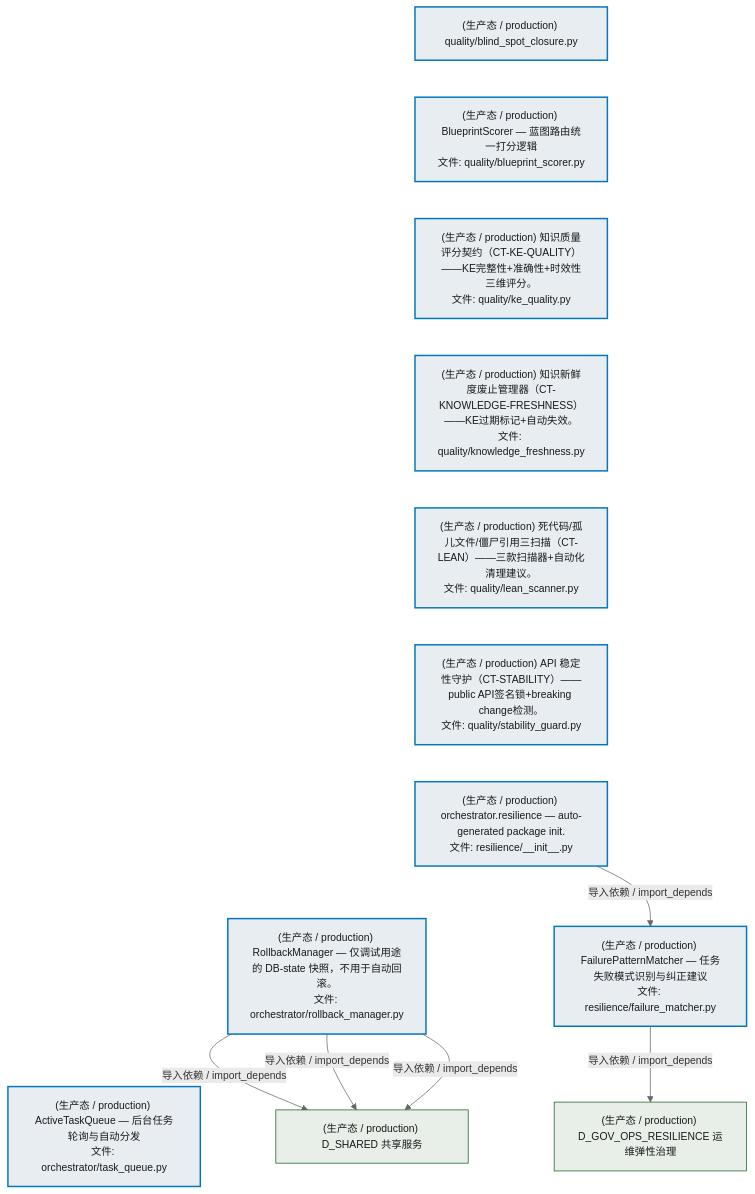
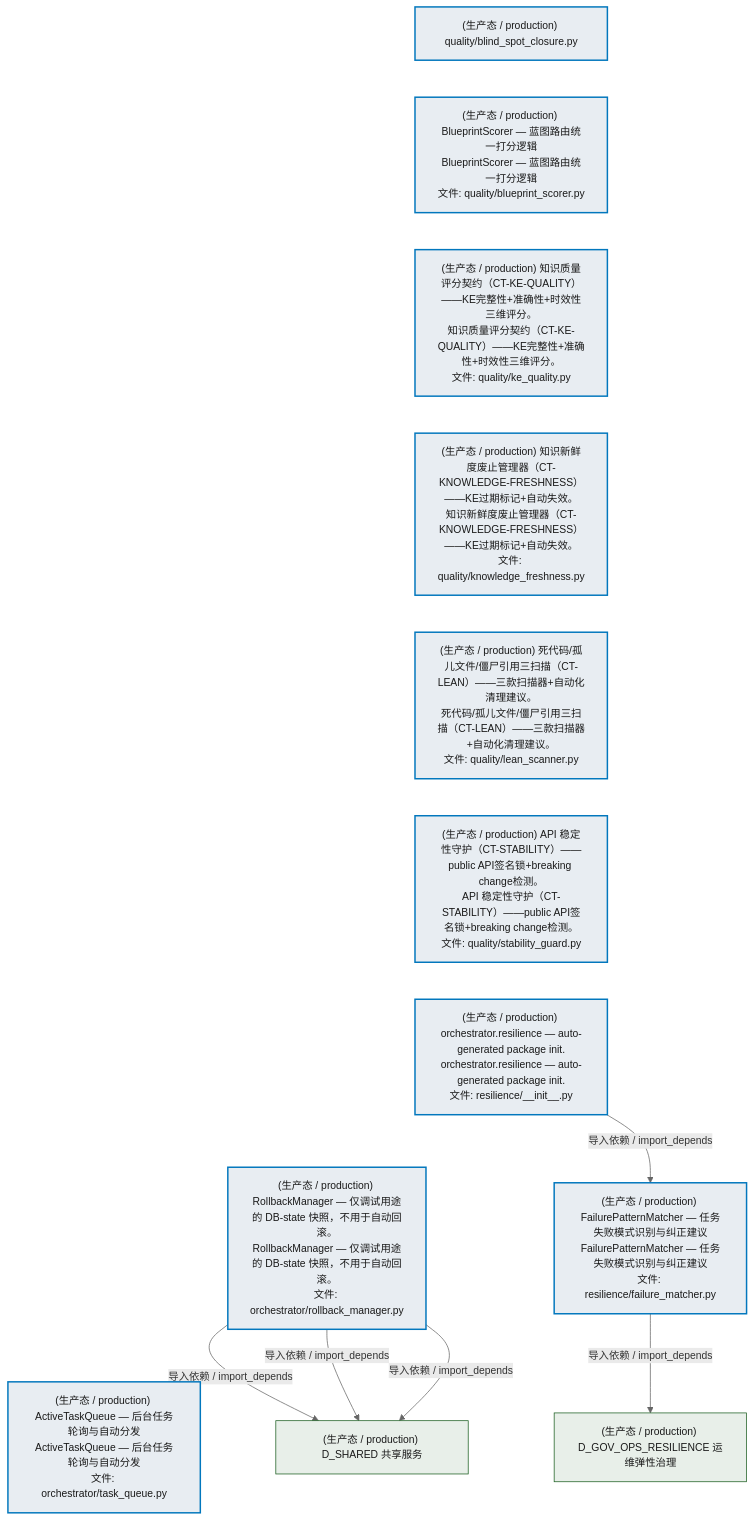
One commit to xuanFelixVan/ZephyrAlpha changed the third of 5 diagrams in docs/02_enterprise_architecture/02_domain_architecture_docs/25_d_orchestrator.md. Above: the diagram before and after it, drawn with Mermaid. The commit also changed other lines of this file and 80 other files, not shown here.

````diff
--- a/docs/02_enterprise_architecture/02_domain_architecture_docs/25_d_orchestrator.md
+++ b/docs/02_enterprise_architecture/02_domain_architecture_docs/25_d_orchestrator.md
@@ -331,35 +332,35 @@
 ```mermaid
 %%{init: {'theme': 'base', 'themeVariables': {'primaryColor': '#eaeaea', 'primaryTextColor': '#333333', 'primaryBorderColor': '#666666', 'lineColor': '#666666', 'secondaryColor': '#eaeaea', 'tertiaryColor': '#eaeaea', 'fontSize': '14px'}}}%%
 flowchart TD
     src_zephyr_orchestrator_quality_blind_spot_closure_py["(生产态 / production) quality/blind_spot_closure.py"]
-    src_zephyr_orchestrator_quality_blueprint_scorer_py["(生产态 / production) BlueprintScorer — 蓝图路由统一打分逻辑<br/>文件: quality/blueprint_scorer.py"]
-    src_zephyr_orchestrator_quality_ke_quality_py["(生产态 / production) 知识质量评分契约（CT-KE-QUALITY）——KE完整性+准确性+时效性三维评分。<br/>文件: quality/ke_quality.py"]
-    src_zephyr_orchestrator_quality_knowledge_freshness_py["(生产态 / production) 知识新鲜度废止管理器（CT-KNOWLEDGE-FRESHNESS）——KE过期标记+自动失效。<br/>文件: quality/knowledge_freshness.py"]
-    src_zephyr_orchestrator_quality_lean_scanner_py["(生产态 / production) 死代码/孤儿文件/僵尸引用三扫描（CT-LEAN）——三款扫描器+自动化清理建议。<br/>文件: quality/lean_scanner.py"]
-    src_zephyr_orchestrator_quality_stability_guard_py["(生产态 / production) API 稳定性守护（CT-STABILITY）——public API签名锁+breaking change检测。<br/>文件: quality/stability_guard.py"]
-    src_zephyr_orchestrator_resilience_init_py["(生产态 / production) orchestrator.resilience — auto-generated package init.<br/>文件: resilience/__init__.py"]
-    src_zephyr_orchestrator_rollback_manager_py["(生产态 / production) RollbackManager — 仅调试用途的 DB-state 快照，不用于自动回滚。<br/>文件: orchestrator/rollback_manager.py"]
-    src_zephyr_orchestrator_task_queue_py["(生产态 / production) ActiveTaskQueue — 后台任务轮询与自动分发<br/>文件: orchestrator/task_queue.py"]
+    src_zephyr_orchestrator_quality_blueprint_scorer_py["(生产态 / production) BlueprintScorer — 蓝图路由统一打分逻辑<br/>BlueprintScorer — 蓝图路由统一打分逻辑<br/>文件: quality/blueprint_scorer.py"]
+    src_zephyr_orchestrator_quality_ke_quality_py["(生产态 / production) 知识质量评分契约（CT-KE-QUALITY）——KE完整性+准确性+时效性三维评分。<br/>知识质量评分契约（CT-KE-QUALITY）——KE完整性+准确性+时效性三维评分。<br/>文件: quality/ke_quality.py"]
+    src_zephyr_orchestrator_quality_knowledge_freshness_py["(生产态 / production) 知识新鲜度废止管理器（CT-KNOWLEDGE-FRESHNESS）——KE过期标记+自动失效。<br/>知识新鲜度废止管理器（CT-KNOWLEDGE-FRESHNESS）——KE过期标记+自动失效。<br/>文件: quality/knowledge_freshness.py"]
+    src_zephyr_orchestrator_quality_lean_scanner_py["(生产态 / production) 死代码/孤儿文件/僵尸引用三扫描（CT-LEAN）——三款扫描器+自动化清理建议。<br/>死代码/孤儿文件/僵尸引用三扫描（CT-LEAN）——三款扫描器+自动化清理建议。<br/>文件: quality/lean_scanner.py"]
+    src_zephyr_orchestrator_quality_stability_guard_py["(生产态 / production) API 稳定性守护（CT-STABILITY）——public API签名锁+breaking change检测。<br/>API 稳定性守护（CT-STABILITY）——public API签名锁+breaking change检测。<br/>文件: quality/stability_guard.py"]
+    src_zephyr_orchestrator_resilience_init_py["(生产态 / production) orchestrator.resilience — auto-generated package init.<br/>orchestrator.resilience — auto-generated package init.<br/>文件: resilience/__init__.py"]
+    src_zephyr_orchestrator_rollback_manager_py["(生产态 / production) RollbackManager — 仅调试用途的 DB-state 快照，不用于自动回滚。<br/>RollbackManager — 仅调试用途的 DB-state 快照，不用于自动回滚。<br/>文件: orchestrator/rollback_manager.py"]
+    src_zephyr_orchestrator_task_queue_py["(生产态 / production) ActiveTaskQueue — 后台任务轮询与自动分发<br/>ActiveTaskQueue — 后台任务轮询与自动分发<br/>文件: orchestrator/task_queue.py"]
     src_zephyr_orchestrator_quality_blind_spot_closure_py ~~~ src_zephyr_orchestrator_quality_blueprint_scorer_py
     src_zephyr_orchestrator_quality_blueprint_scorer_py ~~~ src_zephyr_orchestrator_quality_ke_quality_py
     src_zephyr_orchestrator_quality_ke_quality_py ~~~ src_zephyr_orchestrator_quality_knowledge_freshness_py
     src_zephyr_orchestrator_quality_knowledge_freshness_py ~~~ src_zephyr_orchestrator_quality_lean_scanner_py
     src_zephyr_orchestrator_quality_lean_scanner_py ~~~ src_zephyr_orchestrator_quality_stability_guard_py
     src_zephyr_orchestrator_quality_stability_guard_py ~~~ src_zephyr_orchestrator_resilience_init_py
     src_zephyr_orchestrator_resilience_init_py ~~~ src_zephyr_orchestrator_rollback_manager_py
     src_zephyr_orchestrator_rollback_manager_py ~~~ src_zephyr_orchestrator_task_queue_py
-    src_zephyr_orchestrator_resilience_failure_matcher_py["(生产态 / production) FailurePatternMatcher — 任务失败模式识别与纠正建议<br/>文件: resilience/failure_matcher.py"]
+    src_zephyr_orchestrator_resilience_failure_matcher_py["(生产态 / production) FailurePatternMatcher — 任务失败模式识别与纠正建议<br/>FailurePatternMatcher — 任务失败模式识别与纠正建议<br/>文件: resilience/failure_matcher.py"]
     src_zephyr_orchestrator_resilience_init_py -->|导入依赖 / import_depends| src_zephyr_orchestrator_resilience_failure_matcher_py
     D_SHARED["(生产态 / production) D_SHARED 共享服务"]
     src_zephyr_orchestrator_rollback_manager_py -->|导入依赖 / import_depends| D_SHARED
     src_zephyr_orchestrator_rollback_manager_py -->|导入依赖 / import_depends| D_SHARED
     src_zephyr_orchestrator_rollback_manager_py -->|导入依赖 / import_depends| D_SHARED
     D_GOV_OPS_RESILIENCE["(生产态 / production) D_GOV_OPS_RESILIENCE 运维弹性治理"]
     src_zephyr_orchestrator_resilience_failure_matcher_py -->|导入依赖 / import_depends| D_GOV_OPS_RESILIENCE
     classDef production fill:#e8edf2,stroke:#0277bd,stroke-width:2px,color:#1a1a1a
     classDef design fill:#f0ebe3,stroke:#bf360c,stroke-width:2px,color:#1a1a1a,stroke-dasharray: 5 5
     classDef external_prod fill:#e8efe9,stroke:#1b5e20,stroke-width:1px,color:#1a1a1a
     classDef external_design fill:#efe5ea,stroke:#880e4f,stroke-width:1px,color:#1a1a1a,stroke-dasharray: 5 5
     class src_zephyr_orchestrator_quality_blind_spot_closure_py,src_zephyr_orchestrator_quality_blueprint_scorer_py,src_zephyr_orchestrator_quality_ke_quality_py,src_zephyr_orchestrator_quality_knowledge_freshness_py,src_zephyr_orchestrator_quality_lean_scanner_py,src_zephyr_orchestrator_quality_stability_guard_py,src_zephyr_orchestrator_resilience_init_py,src_zephyr_orchestrator_resilience_failure_matcher_py,src_zephyr_orchestrator_rollback_manager_py,src_zephyr_orchestrator_task_queue_py production
     class D_SHARED,D_GOV_OPS_RESILIENCE external_prod
 ```
````
